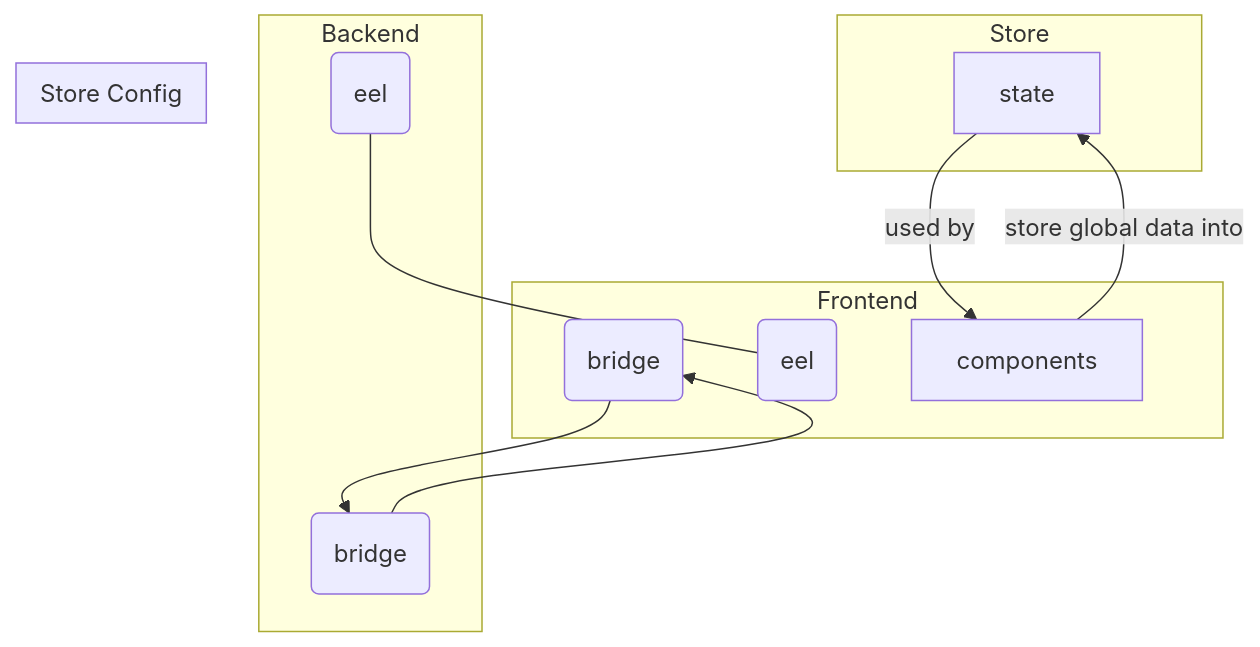
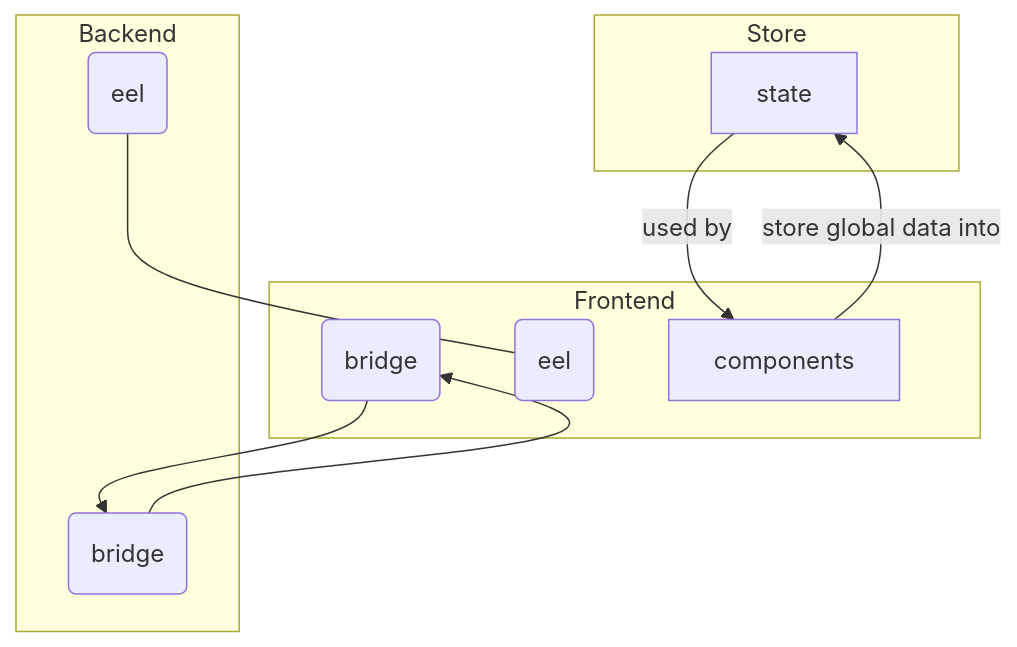
Before and after one commit to inflamously/pylaunch: the second of 2 diagrams in pylaunch.md, drawn with Mermaid. The commit also changed other lines of this file, not shown here.

`````diff
--- a/pylaunch.md
+++ b/pylaunch.md
@@ -34,26 +45,22 @@
 ````mermaid
 graph TD
 	bf --> bb --> bf
 	eb --- ef
 	state -- used by --> components
 	components -- store global data into --> state
 	
 	subgraph Frontend
 		ef("eel")
 		bf("bridge")
 		components
 	end
 
 	subgraph Backend
 		eb("eel")
 		bb("bridge")
 	end
 	
 	subgraph Store
 		state
 	end
-	
-	subgraph StoreConfig [Store Config]
-		
-	end
 ````
`````
